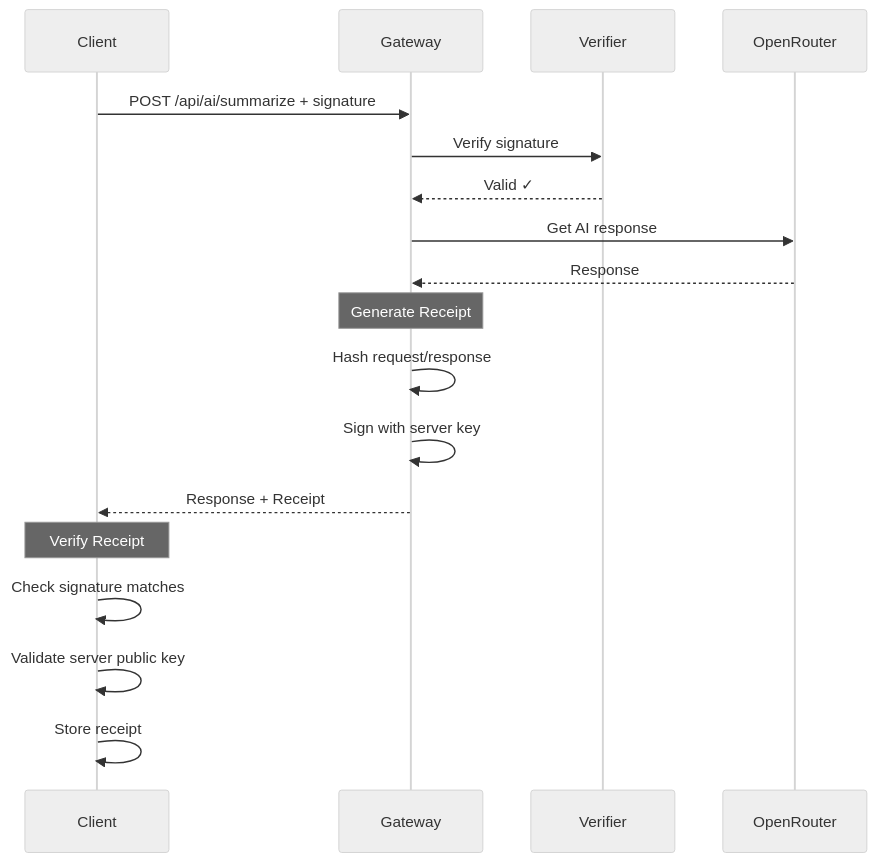
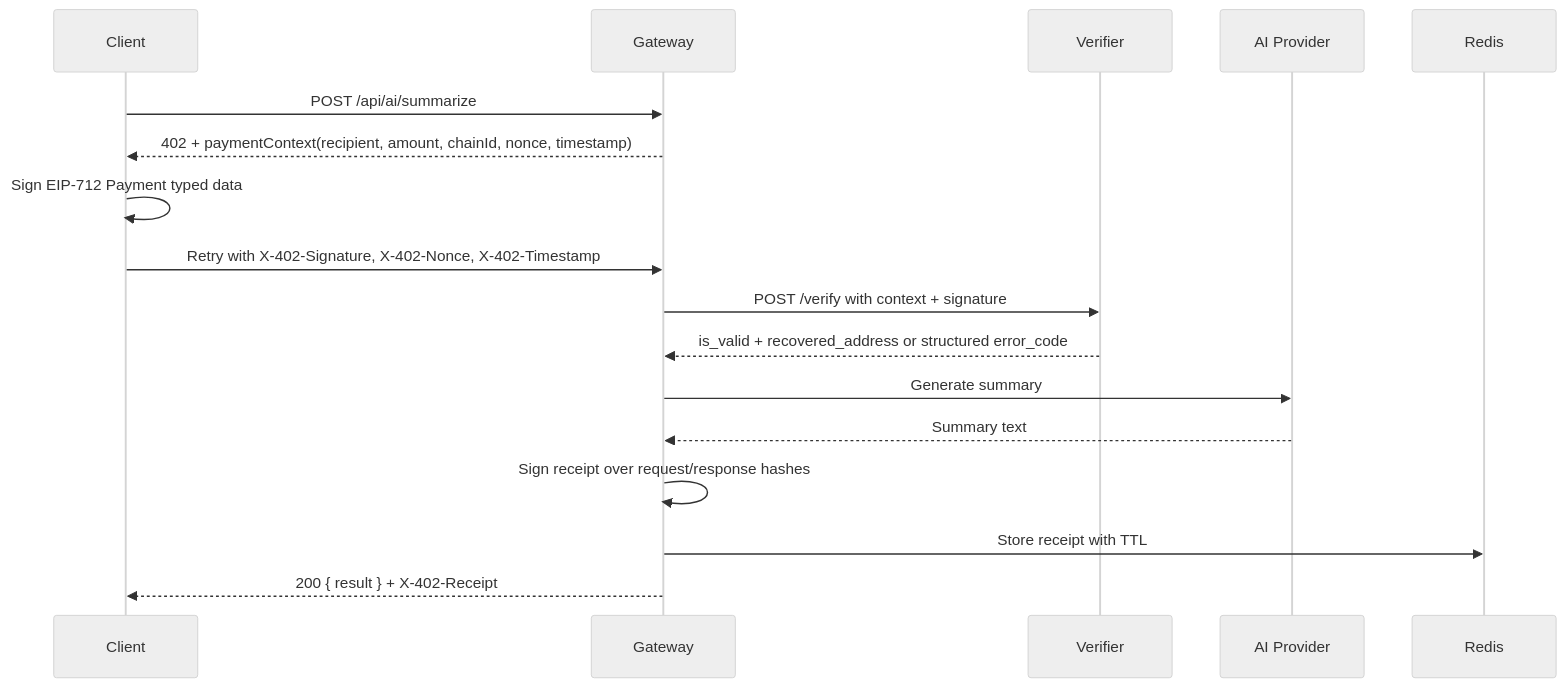
One commit to karuna-1/MicroAI-Paygate changed the second of 3 diagrams in README.md. Above: the diagram before and after it, drawn with Mermaid (neutral theme). The commit also changed other lines of this file and 18 other files, not shown here.

````diff
--- a/README.md
+++ b/README.md
@@ -548,21 +79,20 @@
 ```mermaid
 sequenceDiagram
     participant C as Client
     participant G as Gateway
     participant V as Verifier
-    participant AI as OpenRouter
+    participant A as AI Provider
+    participant R as Redis
 
-    C->>G: POST /api/ai/summarize + signature
-    G->>V: Verify signature
-    V-->>G: Valid ✓
-    G->>AI: Get AI response
-    AI-->>G: Response
-    Note over G: Generate Receipt
-    G->>G: Hash request/response
-    G->>G: Sign with server key
-    G-->>C: Response + Receipt
-    Note over C: Verify Receipt
-    C->>C: Check signature matches
-    C->>C: Validate server public key
-    C->>C: Store receipt
+    C->>G: POST /api/ai/summarize
+    G-->>C: 402 + paymentContext(recipient, amount, chainId, nonce, timestamp)
+    C->>C: Sign EIP-712 Payment typed data
+    C->>G: Retry with X-402-Signature, X-402-Nonce, X-402-Timestamp
+    G->>V: POST /verify with context + signature
+    V-->>G: is_valid + recovered_address or structured error_code
+    G->>A: Generate summary
+    A-->>G: Summary text
+    G->>G: Sign receipt over request/response hashes
+    G->>R: Store receipt with TTL
+    G-->>C: 200 { result } + X-402-Receipt
 ```
````
